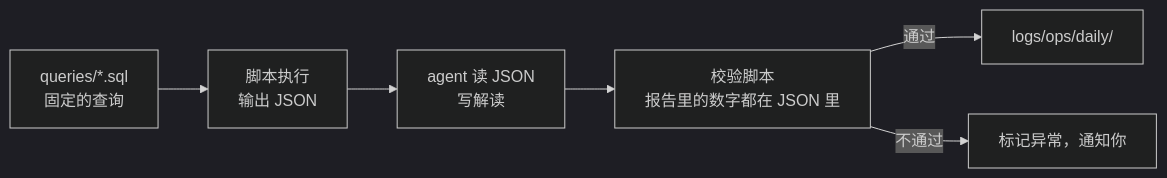
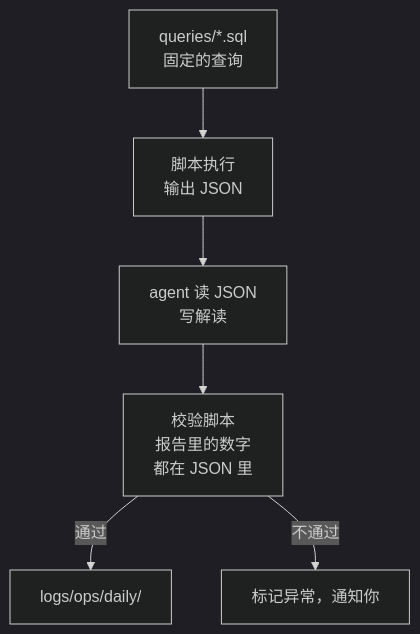
The first of 2 diagrams in books/ai-native-opc/04-operations-content.md (jarvis-pro/hatch-shelf), drawn with Mermaid (dark theme) before and after one commit. The commit also changed other lines of this file and 432 other files, not shown here.

````diff
--- a/books/ai-native-opc/04-operations-content.md
+++ b/books/ai-native-opc/04-operations-content.md
@@ -26,8 +26,8 @@
 ```mermaid
-flowchart LR
+flowchart TD
   A["queries/*.sql<br/>固定的查询"] --> B["脚本执行<br/>输出 JSON"]
   B --> C["agent 读 JSON<br/>写解读"]
-  C --> D["校验脚本<br/>报告里的数字都在 JSON 里"]
+  C --> D["校验脚本<br/>报告里的数字<br/>都在 JSON 里"]
   D -->|"通过"| E["logs/ops/daily/"]
   D -->|"不通过"| F["标记异常，通知你"]
 ```
````
